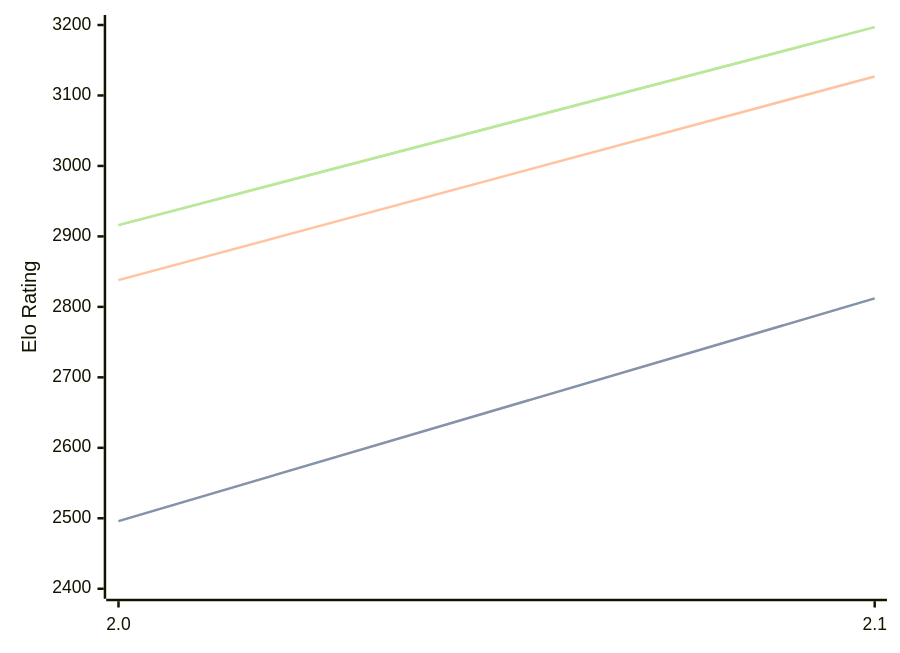
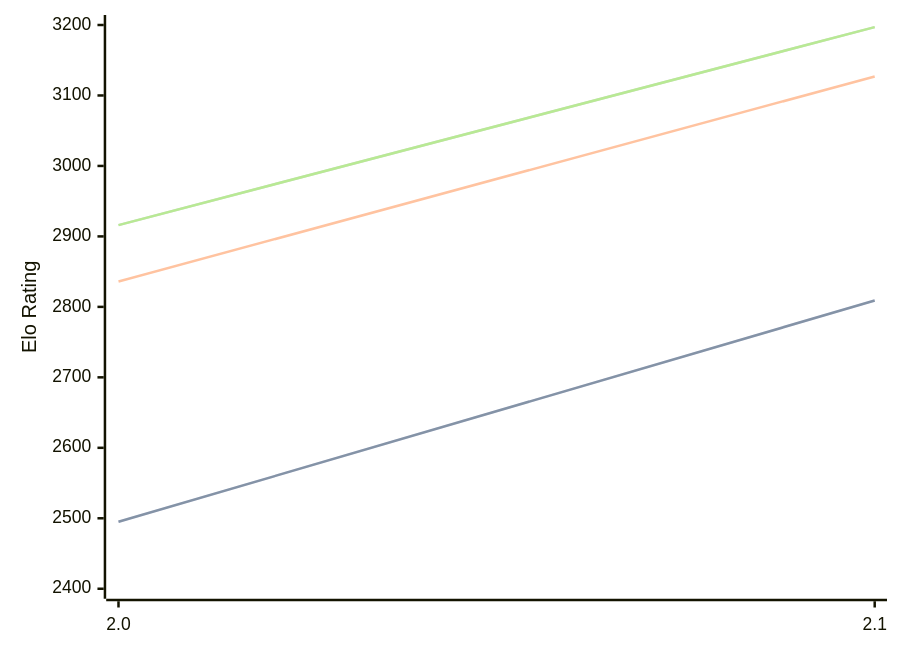
The third of 3 diagrams in engines/Tunguska.md (computer-chess-index/cci), drawn with Mermaid before and after one commit. The commit also changed other lines of this file, not shown here.

````diff
--- a/engines/Tunguska.md
+++ b/engines/Tunguska.md
@@ -65,11 +65,11 @@
 ```mermaid
 %%{init: {"theme":"base","themeVariables":{"seriesColors:['#a3a3a3','#222221','#faa371']}}}%%
 xychart-beta
   x-axis ["2.0", "2.1"]
   y-axis "Elo Rating" 2400 --> 3200
-  line "STC (8.0+0.08s)" [2496, 2812]
-  line "STC (8.0+0.08s)" [2496, 2812]
-  line "LTC (60.0+0.60s)" [2838, 3127]
+  line "STC (8.0+0.08s)" [2495, 2809]
+  line "STC (8.0+0.08s)" [2495, 2809]
+  line "LTC (60.0+0.60s)" [2836, 3127]
   line "VLTC (2m24s+1.12s)" [2916, 3197]
   line "VLTC (2m24s+1.12s)" [2916, 3197]
 ```
````
